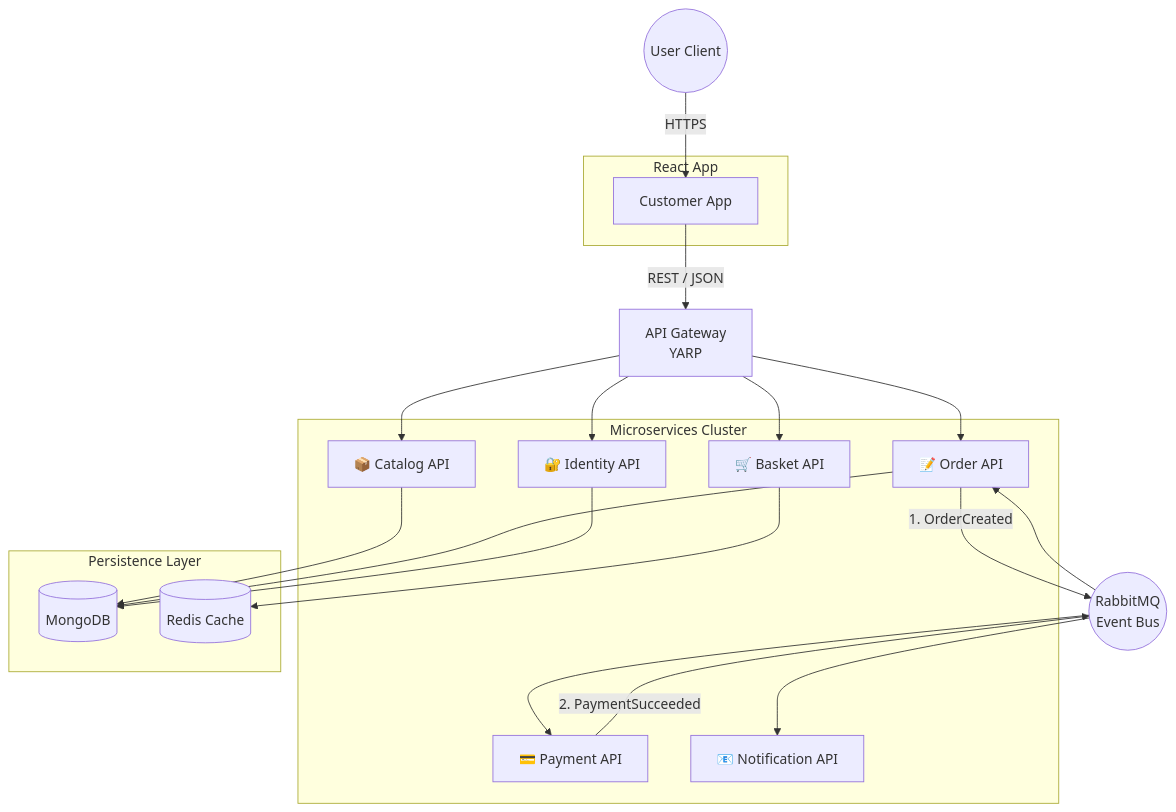
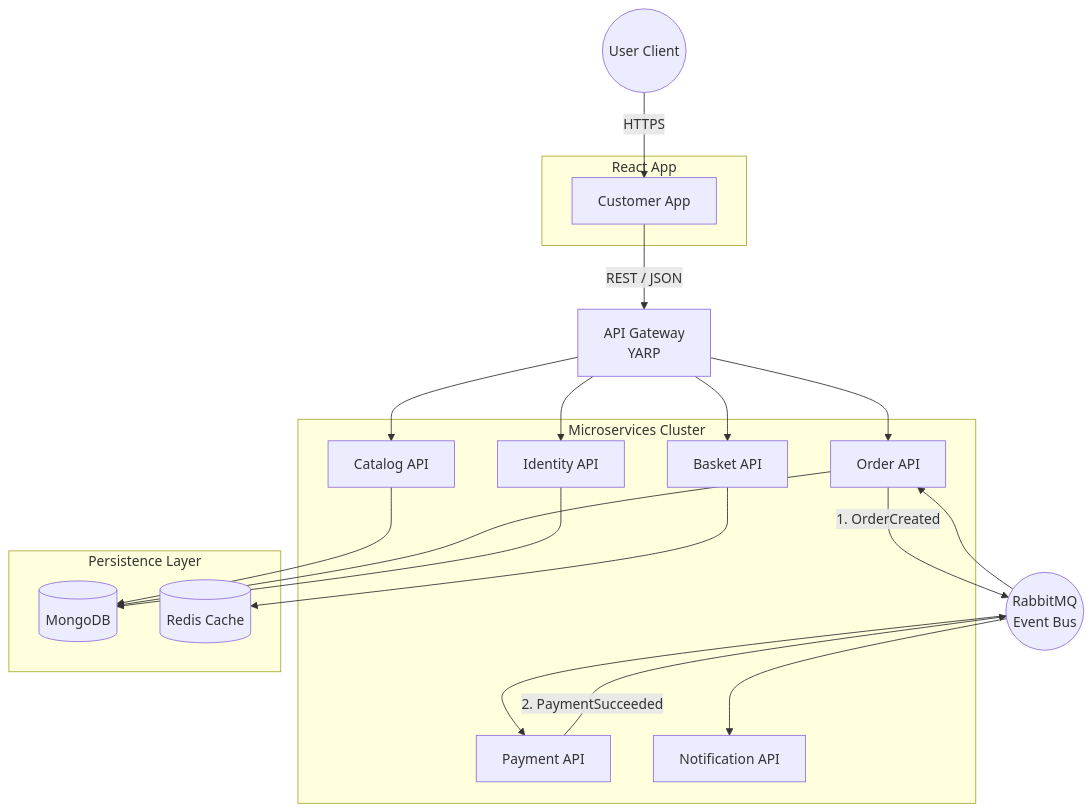
The diagram in README.md (marcosv1tor/e-commerce-microservices), drawn with Mermaid before and after one commit. The commit also changed other lines of this file, not shown here.

````diff
--- a/README.md
+++ b/README.md
@@ -28,54 +28,54 @@
 ```mermaid
 graph TD
     %% Atores
     User(("User Client"))
     
     %% Frontend
     subgraph Frontend ["React App"]
         UI["Customer App"]
     end
 
     %% Gateway
     Gateway["API Gateway <br/> YARP"]
 
     %% Barramento
     MQ(("RabbitMQ <br/> Event Bus"))
 
     %% Microserviços
     subgraph Backend ["Microservices Cluster"]
-        Identity["🔐 Identity API"]
-        Catalog["📦 Catalog API"]
-        Basket["🛒 Basket API"]
-        Order["📝 Order API"]
-        Payment["💳 Payment API"]
-        Notification["📧 Notification API"]
+        Identity["Identity API"]
+        Catalog["Catalog API"]
+        Basket["Basket API"]
+        Order["Order API"]
+        Payment["Payment API"]
+        Notification["Notification API"]
     end
 
     %% Banco de Dados
     subgraph Data ["Persistence Layer"]
         Mongo[("MongoDB")]
         Redis[("Redis Cache")]
     end
 
     %% Fluxos
     User -->|HTTPS| UI
     UI -->|REST / JSON| Gateway
     
     Gateway --> Identity
     Gateway --> Catalog
     Gateway --> Basket
     Gateway --> Order
 
     %% Persistência
     Catalog --> Mongo
     Order --> Mongo
     Identity --> Mongo
     Basket --> Redis
 
     %% Eventos Assíncronos
     Order -- "1. OrderCreated" --> MQ
     MQ --> Payment
     Payment -- "2. PaymentSucceeded" --> MQ
     MQ --> Order
     MQ --> Notification
 ```
````
